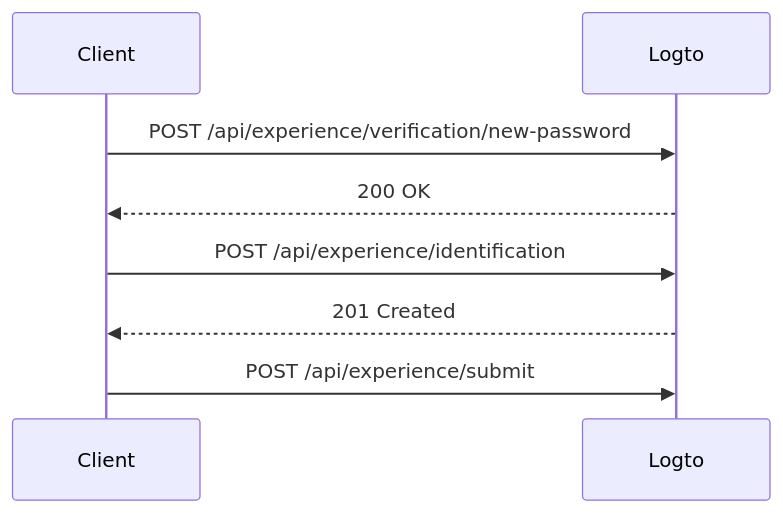
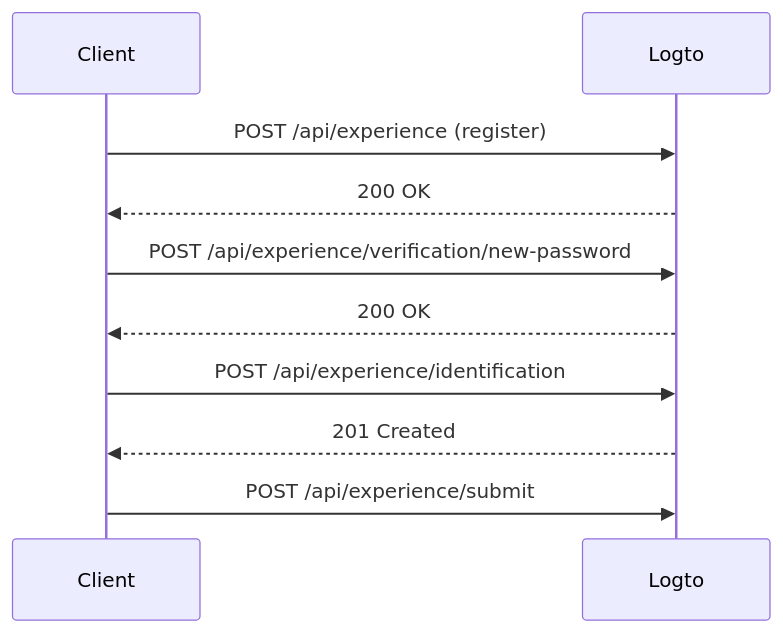
Before and after one commit to logto-io/rfcs: diagram 12 of 17 in draft/0004-experience-api.md, drawn with Mermaid. The commit also changed other lines of this file, not shown here.

First line of the commit message:
refactor: update the experience API.

````diff
--- a/draft/0004-experience-api.md
+++ b/draft/0004-experience-api.md
@@ -817,11 +883,13 @@
 ```mermaid
 sequenceDiagram
     participant C as Client
     participant L as Logto
 
+    C->>L: POST /api/experience (register)
+    L-->>C: 200 OK
     C->>L: POST /api/experience/verification/new-password
     L-->>C: 200 OK
     C->>L: POST /api/experience/identification
     L-->>C: 201 Created
     C->>L: POST /api/experience/submit
 ```
````
